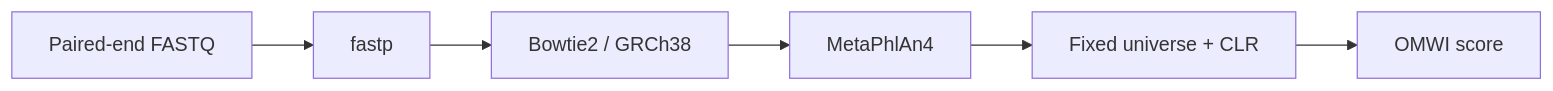
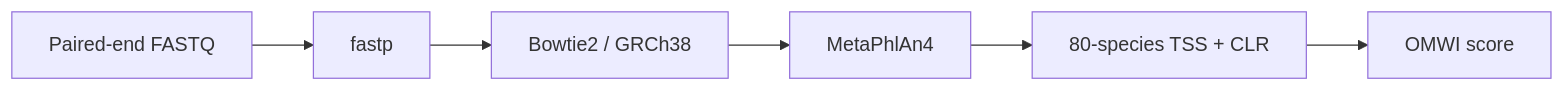
One commit to Minjunhoo2001/OMWI changed the diagram in README.md. Above: the diagram before and after it, drawn with Mermaid. The commit also changed other lines of this file and 6 other files, not shown here.

````diff
--- a/README.md
+++ b/README.md
@@ -91,8 +127,8 @@
 ```mermaid
 flowchart LR
-    A["Paired-end FASTQ"] --> B["fastp"]
-    B --> C["Bowtie2 / GRCh38"]
-    C --> D["MetaPhlAn4"]
-    D --> E["Fixed universe + CLR"]
-    E --> F["OMWI score"]
+    A[Paired-end FASTQ] --> B[fastp]
+    B --> C[Bowtie2 / GRCh38]
+    C --> D[MetaPhlAn4]
+    D --> E[80-species TSS + CLR]
+    E --> F[OMWI score]
 ```
````
